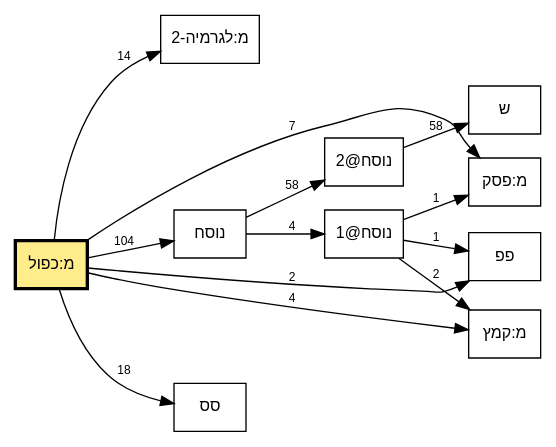
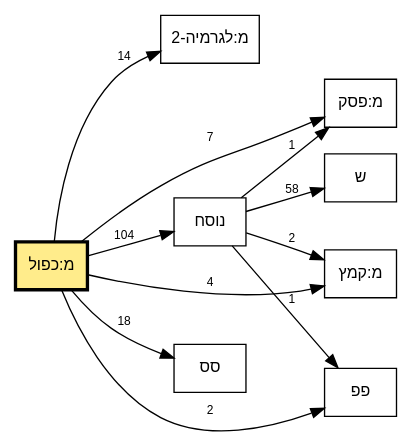
One commit to bdenckla/MAM-basics changed the diagram in out/tmpl-survey-plus/plus-dualcant-call-graph.dot. Above: the diagram before and after it, drawn with Graphviz. The commit also changed 22 other files, not shown here.

```diff
--- a/out/tmpl-survey-plus/plus-dualcant-call-graph.dot
+++ b/out/tmpl-survey-plus/plus-dualcant-call-graph.dot
@@ -1,26 +1,24 @@
 // This file was generated by MAM-basics/py/main_tmpl_survey.py.
 // Do not edit by hand.
 digraph template_call_graph {
     rankdir=LR;
     node [fontname="SBL Hebrew,Helvetica", fontsize=12];
     edge [fontname="Helvetica", fontsize=9];
     graph [comment="This file was generated by MAM-basics/py/main_tmpl_survey.py."];
 
     // Template nodes
     node [shape=box, style=""];
     "מ:כפול" [fillcolor="lightgoldenrod1", style="filled", penwidth=2.5];
 
     // Edges
     "מ:כפול" -> "מ:לגרמיה-2" [label="14"];
     "מ:כפול" -> "מ:פסק" [label="7"];
     "מ:כפול" -> "מ:קמץ" [label="4"];
     "מ:כפול" -> "נוסח" [label="104"];
     "מ:כפול" -> "סס" [label="18"];
     "מ:כפול" -> "פפ" [label="2"];
-    "נוסח" -> "נוסח@1" [label="4"];
-    "נוסח" -> "נוסח@2" [label="58"];
-    "נוסח@1" -> "מ:פסק" [label="1"];
-    "נוסח@1" -> "מ:קמץ" [label="2"];
-    "נוסח@1" -> "פפ" [label="1"];
-    "נוסח@2" -> "ש" [label="58"];
+    "נוסח" -> "מ:פסק" [label="1"];
+    "נוסח" -> "מ:קמץ" [label="2"];
+    "נוסח" -> "פפ" [label="1"];
+    "נוסח" -> "ש" [label="58"];
 }
```
